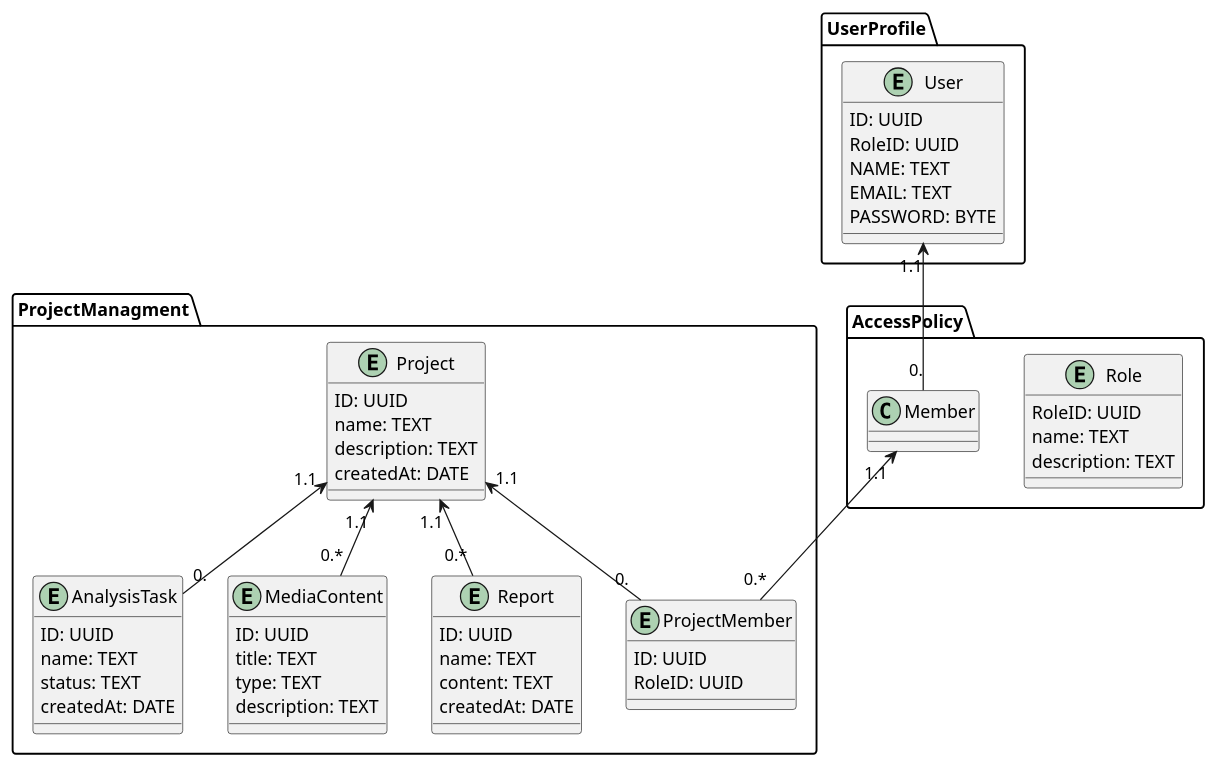
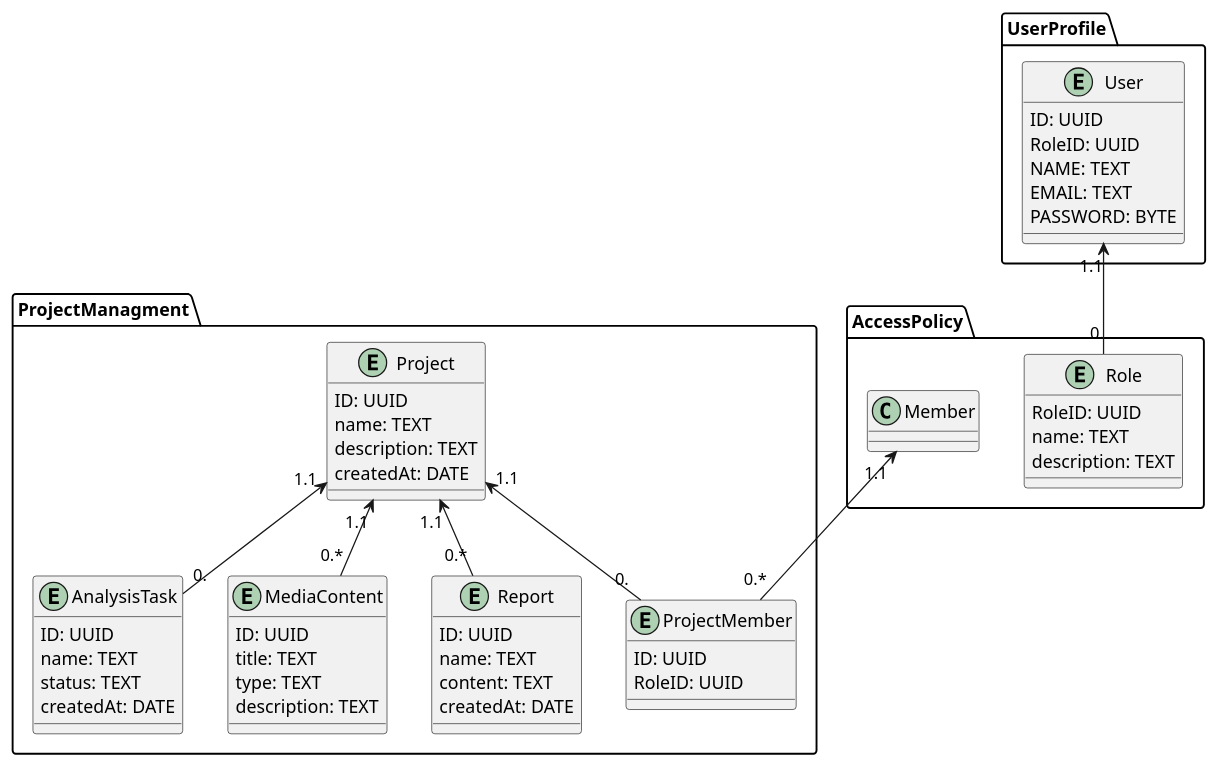
Before and after one commit to zhkcll/lab6: the diagram in docs/design.md, drawn with PlantUML.

Commit message:
Corrected mistakes2.0

````diff
--- a/docs/design.md
+++ b/docs/design.md
@@ -7,65 +7,65 @@
 ```plantuml
 @startuml
 package ProjectManagment {
     entity ProjectMember {
         ID: UUID
         RoleID: UUID
     }
 
     entity Project {
         ID: UUID
         name: TEXT
         description: TEXT
         createdAt: DATE
     }
 
     entity AnalysisTask {
         ID: UUID
         name: TEXT
         status: TEXT
         createdAt: DATE
     }
 
     entity MediaContent {
         ID: UUID
         title: TEXT
         type: TEXT
         description: TEXT
     }
 
     entity Report {
         ID: UUID
         name: TEXT
         content: TEXT
         createdAt: DATE
     }
 }
 
 package AccessPolicy {
     entity Role {
         RoleID: UUID
         name: TEXT
         description: TEXT
     }
 }
 
 package UserProfile {
     entity User {
         ID: UUID
         RoleID: UUID
         NAME: TEXT
         EMAIL: TEXT
         PASSWORD: BYTE
     }
 }
 
 ProjectManagment.Project "1.1" <-- "0." ProjectManagment.ProjectMember
 ProjectManagment.Project "1.1" <-- "0." ProjectManagment.AnalysisTask
 ProjectManagment.Project "1.1" <-- "0.*" ProjectManagment.MediaContent
 ProjectManagment.Project "1.1" <-- "0.*" ProjectManagment.Report
 
-UserProfile.User "1.1" <-- "0." AccessPolicy.Member
+UserProfile.User "1.1" <-- "0." AccessPolicy.Role
 
 AccessPolicy.Member "1.1" <-- "0.*" ProjectManagment.ProjectMember
 @enduml
 ```
````
